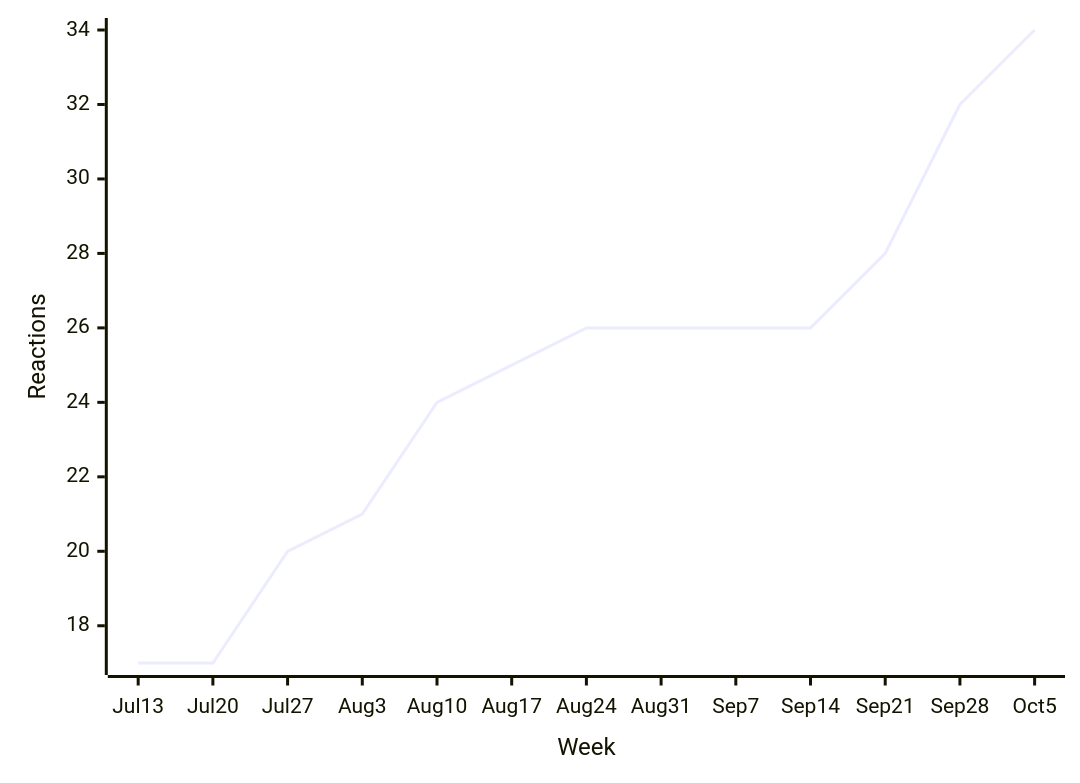
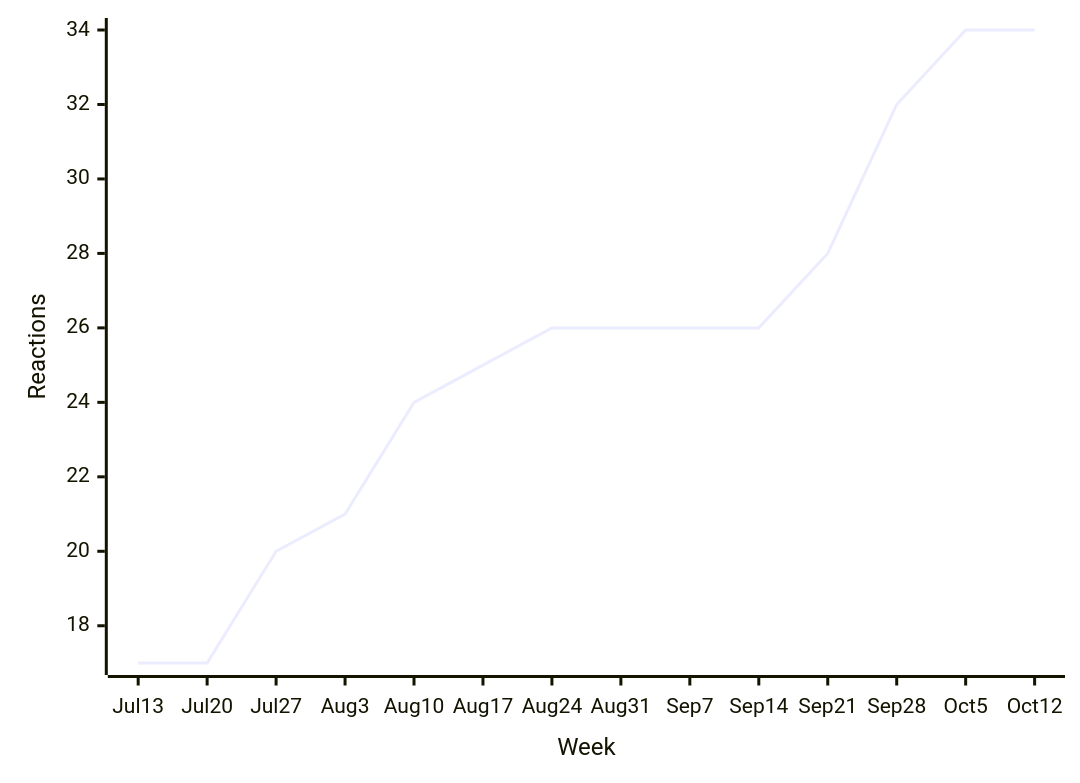
Before and after one commit to loic-sharma/github-insights: the eighth of 35 diagrams in README.md, drawn with Mermaid. The commit also changed other lines of this file and 3 other files, not shown here.

````diff
--- a/README.md
+++ b/README.md
@@ -443,6 +443,6 @@
   ```mermaid
   xychart-beta
-    x-axis "Week" [Jul 13, Jul 20, Jul 27, Aug 3, Aug 10, Aug 17, Aug 24, Aug 31, Sep 7, Sep 14, Sep 21, Sep 28, Oct 5]
+    x-axis "Week" [Jul 13, Jul 20, Jul 27, Aug 3, Aug 10, Aug 17, Aug 24, Aug 31, Sep 7, Sep 14, Sep 21, Sep 28, Oct 5, Oct 12]
     y-axis "Reactions"
-    line [17, 17, 20, 21, 24, 25, 26, 26, 26, 26, 28, 32, 34]
+    line [17, 17, 20, 21, 24, 25, 26, 26, 26, 26, 28, 32, 34, 34]
   ```
````
